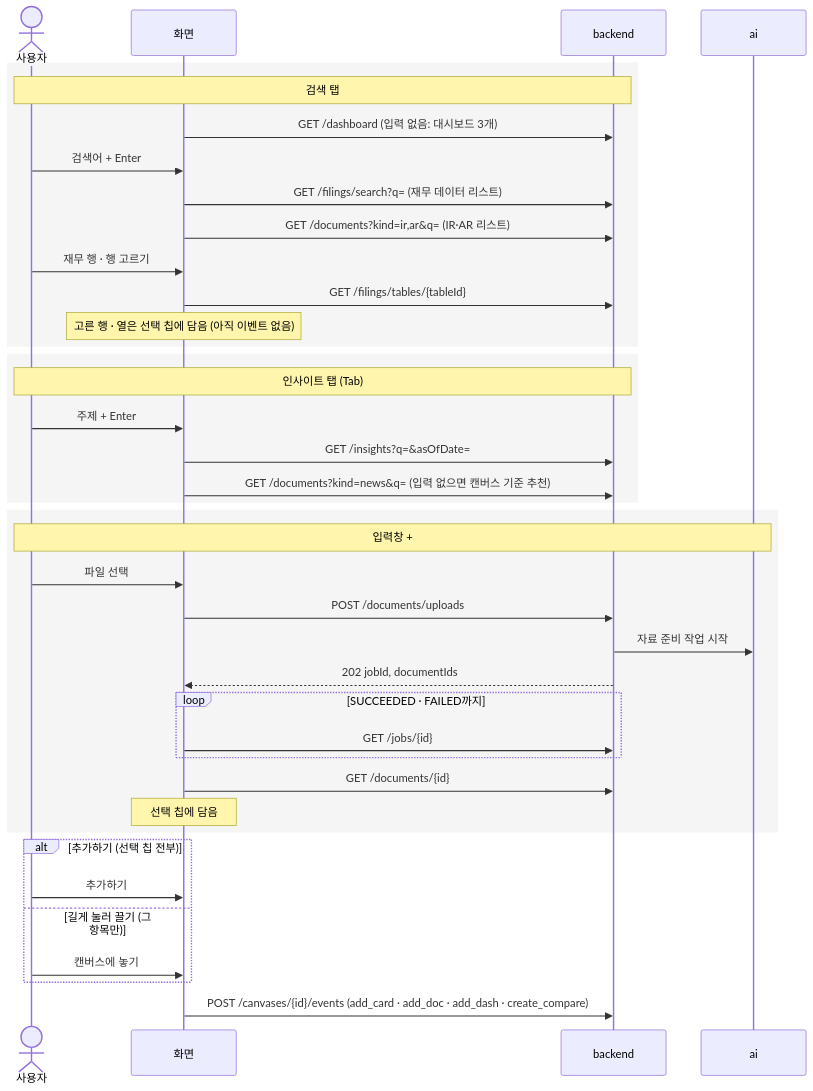
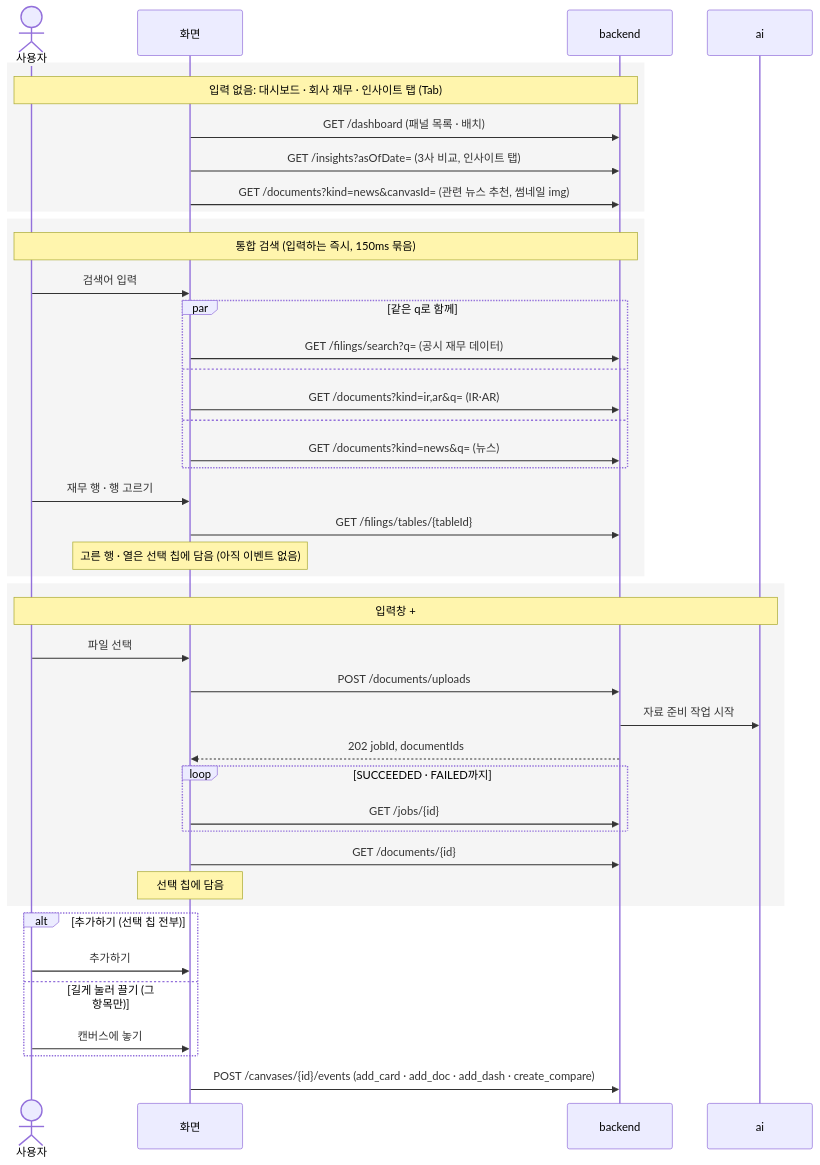
Before and after one commit to vamos-team/telescope: the fifth of 7 diagrams in docs/frontend/api-diagram.md, drawn with Mermaid. The commit also changed other lines of this file and 3 other files, not shown here.

````diff
--- a/docs/frontend/api-diagram.md
+++ b/docs/frontend/api-diagram.md
@@ -128,45 +128,49 @@
 ```mermaid
 sequenceDiagram
   actor U as 사용자
   participant F as 화면
   participant B as backend
   participant A as ai
 
   rect rgba(128,128,128,0.08)
-  Note over U,B: 검색 탭
-  F->>B: GET /dashboard (입력 없음: 대시보드 3개)
-  U->>F: 검색어 + Enter
-  F->>B: GET /filings/search?q= (재무 데이터 리스트)
-  F->>B: GET /documents?kind=ir,ar&q= (IR·AR 리스트)
+  Note over U,B: 입력 없음: 대시보드 · 회사 재무 · 인사이트 탭 (Tab)
+  F->>B: GET /dashboard (패널 목록 · 배치)
+  F->>B: GET /insights?asOfDate= (3사 비교, 인사이트 탭)
+  F->>B: GET /documents?kind=news&canvasId= (관련 뉴스 추천, 썸네일 img)
+  end
+
+  rect rgba(128,128,128,0.08)
+  Note over U,B: 통합 검색 (입력하는 즉시, 150ms 묶음)
+  U->>F: 검색어 입력
+  par 같은 q로 함께
+    F->>B: GET /filings/search?q= (공시 재무 데이터)
+  and
+    F->>B: GET /documents?kind=ir,ar&q= (IR·AR)
+  and
+    F->>B: GET /documents?kind=news&q= (뉴스)
+  end
   U->>F: 재무 행 · 행 고르기
   F->>B: GET /filings/tables/{tableId}
   Note over F: 고른 행 · 열은 선택 칩에 담음 (아직 이벤트 없음)
-  end
-
-  rect rgba(128,128,128,0.08)
-  Note over U,B: 인사이트 탭 (Tab)
-  U->>F: 주제 + Enter
-  F->>B: GET /insights?q=&asOfDate=
-  F->>B: GET /documents?kind=news&q= (입력 없으면 캔버스 기준 추천)
   end
 
   rect rgba(128,128,128,0.08)
   Note over U,A: 입력창 +
   U->>F: 파일 선택
   F->>B: POST /documents/uploads
   B->>A: 자료 준비 작업 시작
   B-->>F: 202 jobId, documentIds
   loop SUCCEEDED · FAILED까지
     F->>B: GET /jobs/{id}
   end
   F->>B: GET /documents/{id}
   Note over F: 선택 칩에 담음
   end
 
   alt 추가하기 (선택 칩 전부)
     U->>F: 추가하기
   else 길게 눌러 끌기 (그 항목만)
     U->>F: 캔버스에 놓기
   end
   F->>B: POST /canvases/{id}/events (add_card · add_doc · add_dash · create_compare)
 ```
````
